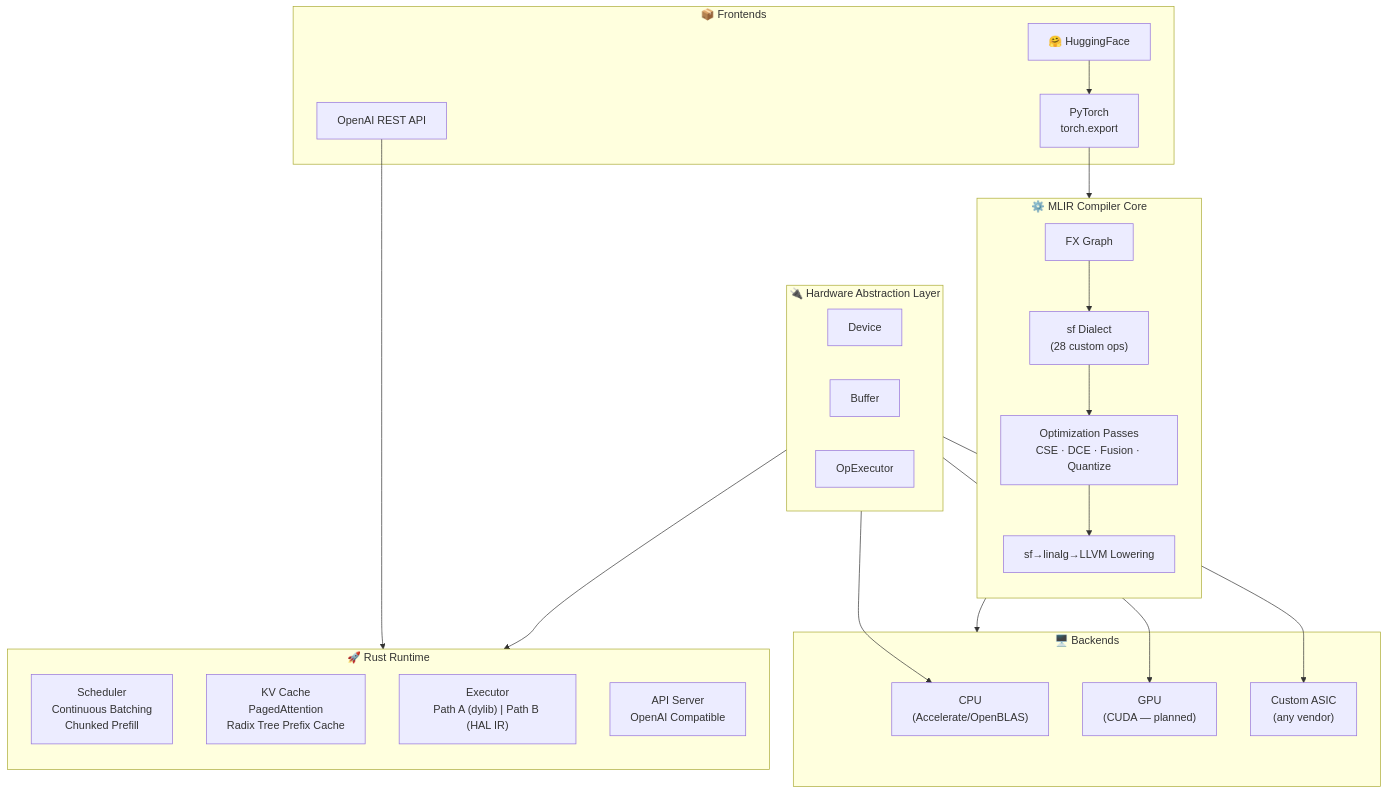
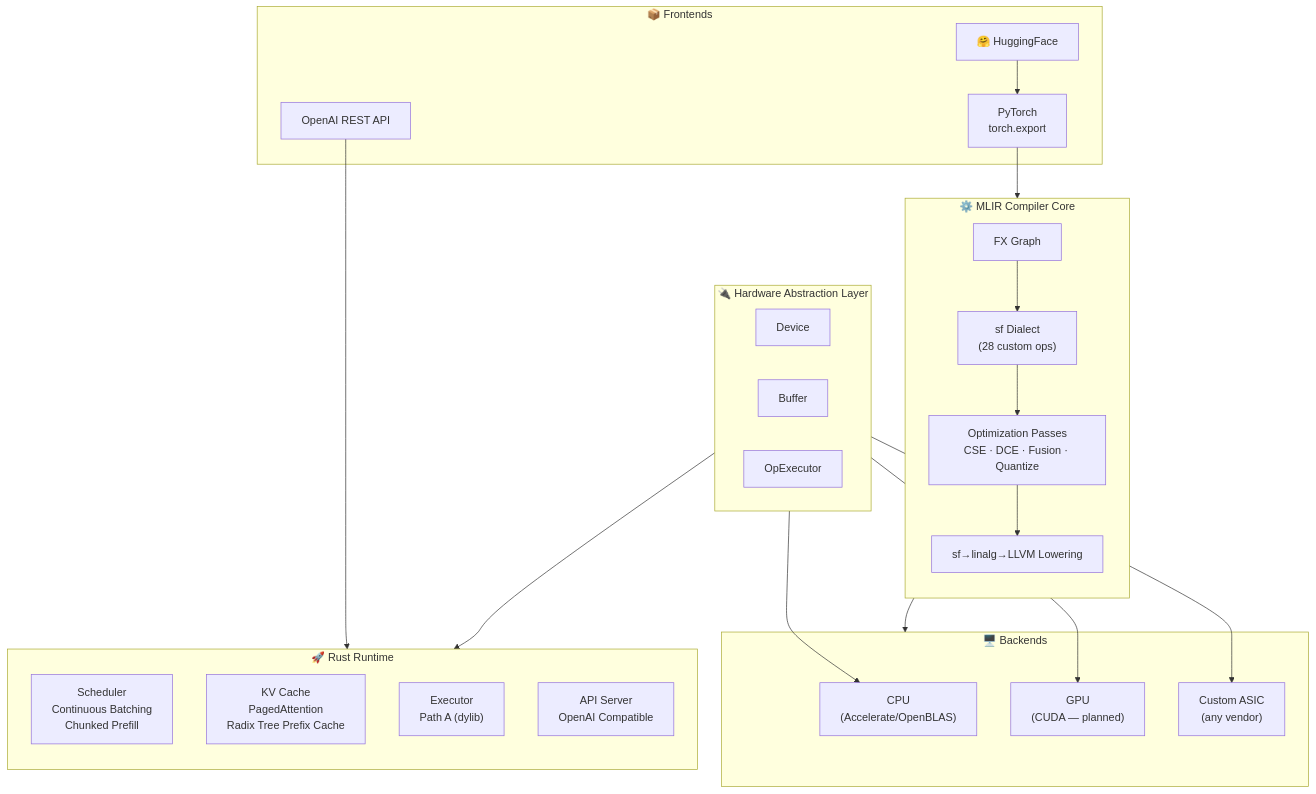
The first of 3 diagrams in README.md (QingGo/LLM-CompileForge), drawn with Mermaid before and after one commit. The commit also changed other lines of this file and 203 other files, not shown here.

````diff
--- a/README.md
+++ b/README.md
@@ -26,49 +26,49 @@
 ```mermaid
 graph TB
     subgraph Frontend["📦 Frontends"]
         HF["🤗 HuggingFace"]
         PT["PyTorch<br/>torch.export"]
         API["OpenAI REST API"]
     end
 
     subgraph Compiler["⚙️ MLIR Compiler Core"]
         direction TB
         FX["FX Graph"]
         SF["sf Dialect<br/>(28 custom ops)"]
         OPT["Optimization Passes<br/>CSE · DCE · Fusion · Quantize"]
         LOWER["sf→linalg→LLVM Lowering"]
     end
 
     subgraph HAL["🔌 Hardware Abstraction Layer"]
         direction LR
         DEV["Device"]
         BUF["Buffer"]
         EXEC["OpExecutor"]
     end
 
     subgraph Backends["🖥️ Backends"]
         CPU["CPU<br/>(Accelerate/OpenBLAS)"]
         GPU["GPU<br/>(CUDA — planned)"]
         ASIC["Custom ASIC<br/>(any vendor)"]
     end
 
     subgraph Runtime["🚀 Rust Runtime"]
         direction TB
         SCHED["Scheduler<br/>Continuous Batching<br/>Chunked Prefill"]
         KV["KV Cache<br/>PagedAttention<br/>Radix Tree Prefix Cache"]
-        EXECUTOR["Executor<br/>Path A (dylib) | Path B (HAL IR)"]
+        EXECUTOR["Executor<br/>Path A (dylib)"]
         SERVER["API Server<br/>OpenAI Compatible"]
     end
 
     HF --> PT
     PT --> FX
     FX --> SF
     SF --> OPT
     OPT --> LOWER
     LOWER --> Backends
     DEV --> CPU
     BUF --> GPU
     EXEC --> ASIC
     HAL --> Runtime
     API --> SERVER
 ```
````
